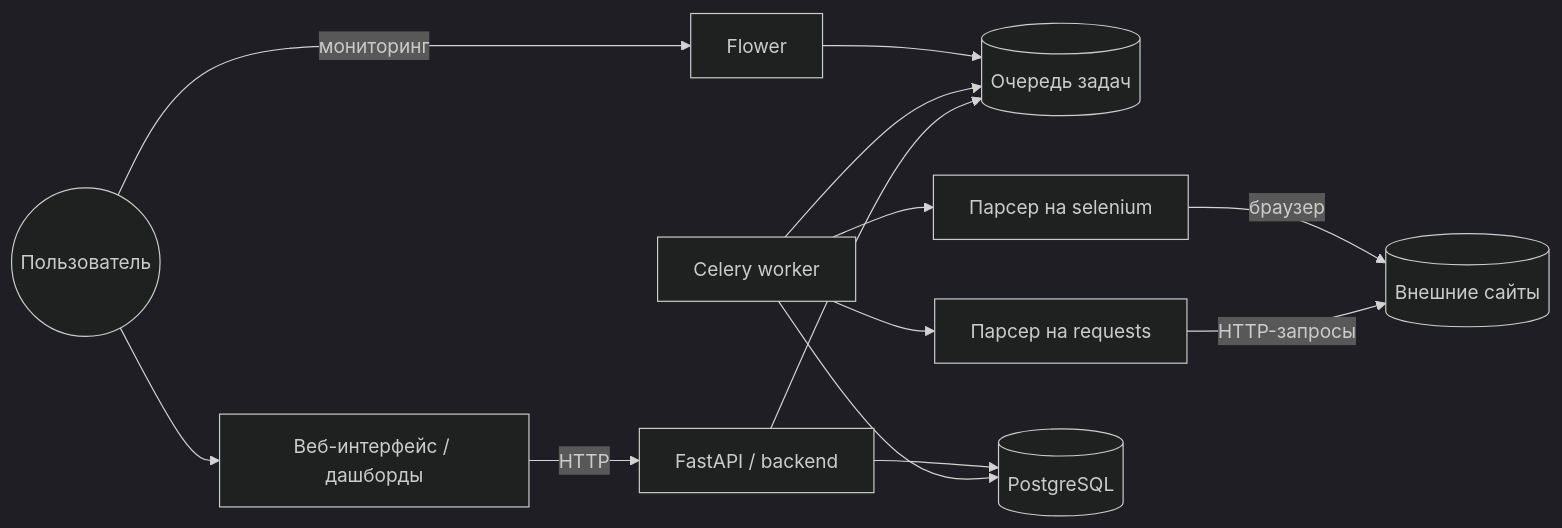
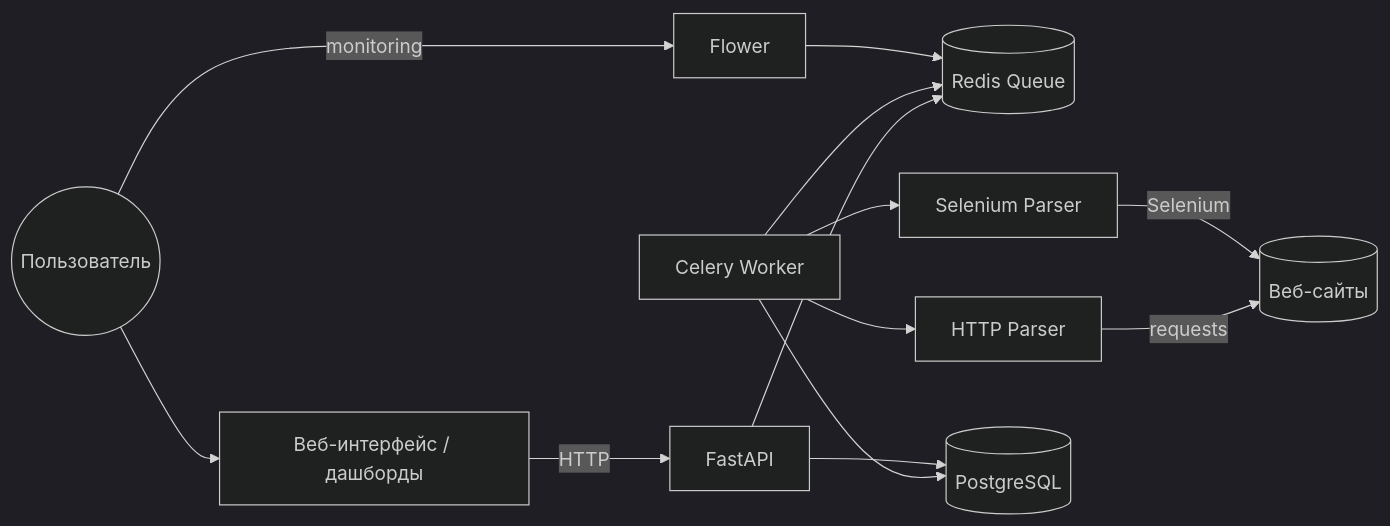
Before and after one commit to r20xd/higher-school-of-parsing: the diagram in README.md, drawn with Mermaid (dark theme). The commit also changed other lines of this file, not shown here.

````diff
--- a/README.md
+++ b/README.md
@@ -59,20 +168,20 @@
 ```mermaid
 flowchart LR
     User((Пользователь)) --> UI[Веб-интерфейс / дашборды]
-    UI -->|HTTP| API[FastAPI / backend]
+    UI -->|HTTP| API[FastAPI]
 
-    API --> Queue[(Очередь задач)]
-    Worker[Celery worker] --> Queue
+    API --> Queue[(Redis Queue)]
+    Worker[Celery Worker] --> Queue
 
-    Worker --> RParser[Парсер на requests]
-    Worker --> SParser[Парсер на selenium]
+    Worker --> RParser[HTTP Parser]
+    Worker --> SParser[Selenium Parser]
 
-    RParser -->|HTTP-запросы| Sites[(Внешние сайты)]
-    SParser -->|браузер| Sites
+    RParser -->|requests| Sites[(Веб-сайты)]
+    SParser -->|Selenium| Sites
 
     Worker --> DB[(PostgreSQL)]
     API --> DB
 
-    User -->|мониторинг| Flower[Flower]
+    User -->|monitoring| Flower[Flower]
     Flower --> Queue
 ```
````
